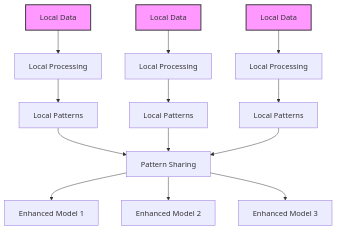
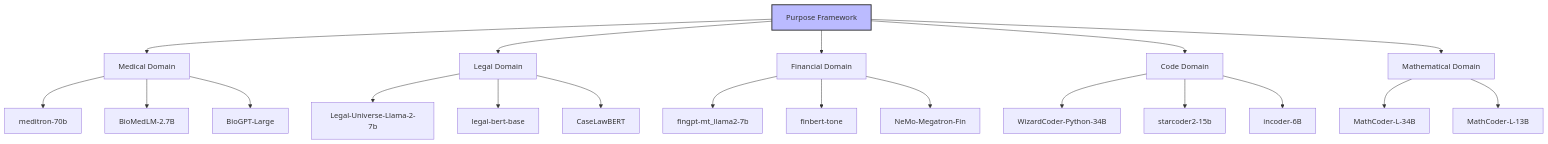
Before and after one commit to fullscreen-triangle/bloodhound: the second of 4 diagrams in README.md, drawn with Mermaid. The commit also changed other lines of this file and 31 other files, not shown here.

````diff
--- a/README.md
+++ b/README.md
@@ -66,19 +140,29 @@
 ```mermaid
 graph TD
-    A1[Local Data] --> B1[Local Processing]
-    A2[Local Data] --> B2[Local Processing]
-    A3[Local Data] --> B3[Local Processing]
-    B1 --> C1[Local Patterns]
-    B2 --> C2[Local Patterns]
-    B3 --> C3[Local Patterns]
-    C1 --> D[Pattern Sharing]
-    C2 --> D
-    C3 --> D
-    D --> E1[Enhanced Model 1]
-    D --> E2[Enhanced Model 2]
-    D --> E3[Enhanced Model 3]
+    A[Purpose Framework] --> B[Medical Domain]
+    A --> C[Legal Domain]
+    A --> D[Financial Domain]
+    A --> E[Code Domain]
+    A --> F[Mathematical Domain]
     
-    style A1 fill:#f9f,stroke:#333,stroke-width:2px
-    style A2 fill:#f9f,stroke:#333,stroke-width:2px
-    style A3 fill:#f9f,stroke:#333,stroke-width:2px
+    B --> B1[meditron-70b]
+    B --> B2[BioMedLM-2.7B]
+    B --> B3[BioGPT-Large]
+    
+    C --> C1[Legal-Universe-Llama-2-7b]
+    C --> C2[legal-bert-base]
+    C --> C3[CaseLawBERT]
+    
+    D --> D1[fingpt-mt_llama2-7b]
+    D --> D2[finbert-tone]
+    D --> D3[NeMo-Megatron-Fin]
+    
+    E --> E1[WizardCoder-Python-34B]
+    E --> E2[starcoder2-15b]
+    E --> E3[incoder-6B]
+    
+    F --> F1[MathCoder-L-34B]
+    F --> F2[MathCoder-L-13B]
+    
+    style A fill:#bbf,stroke:#333,stroke-width:2px
 ```
````
